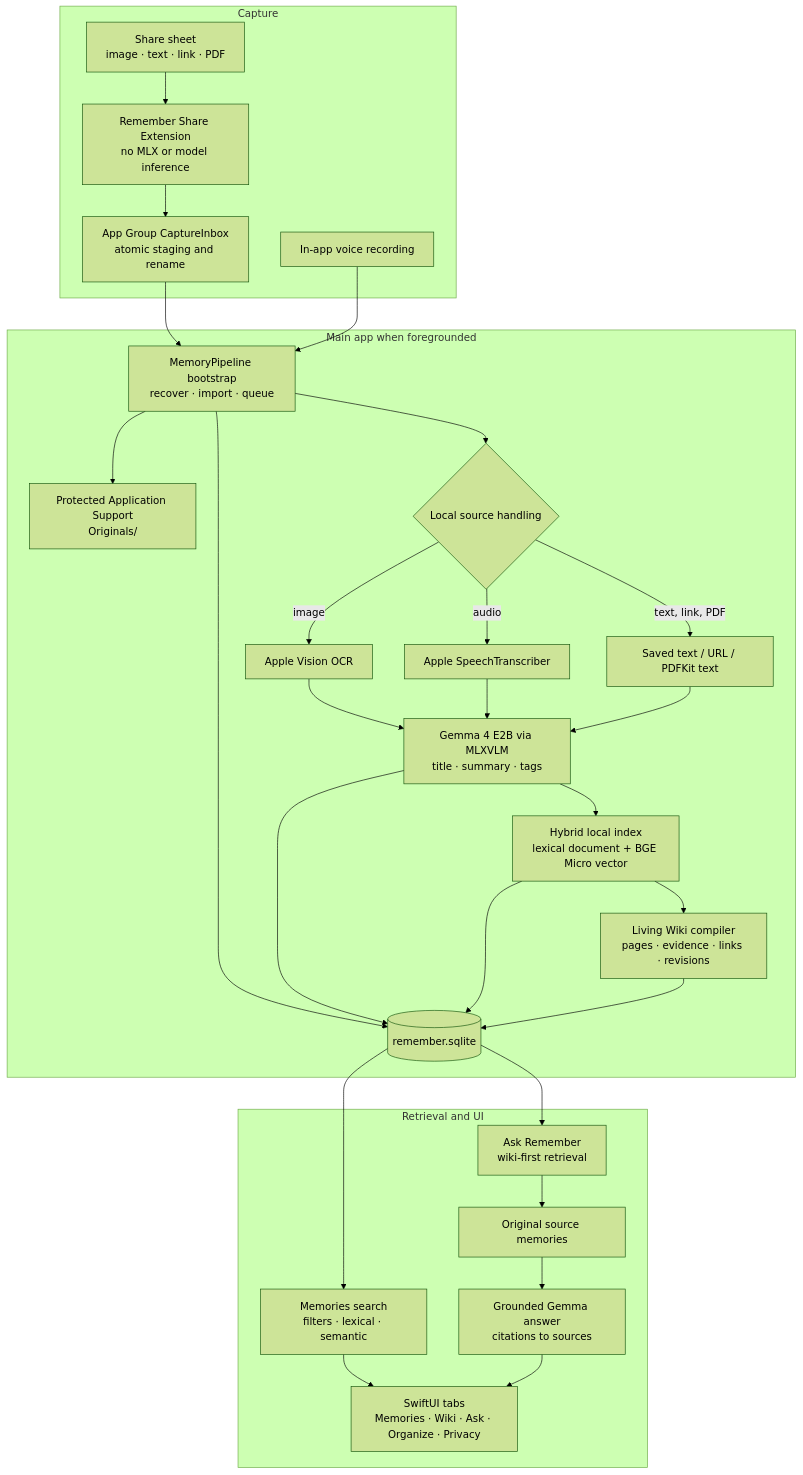
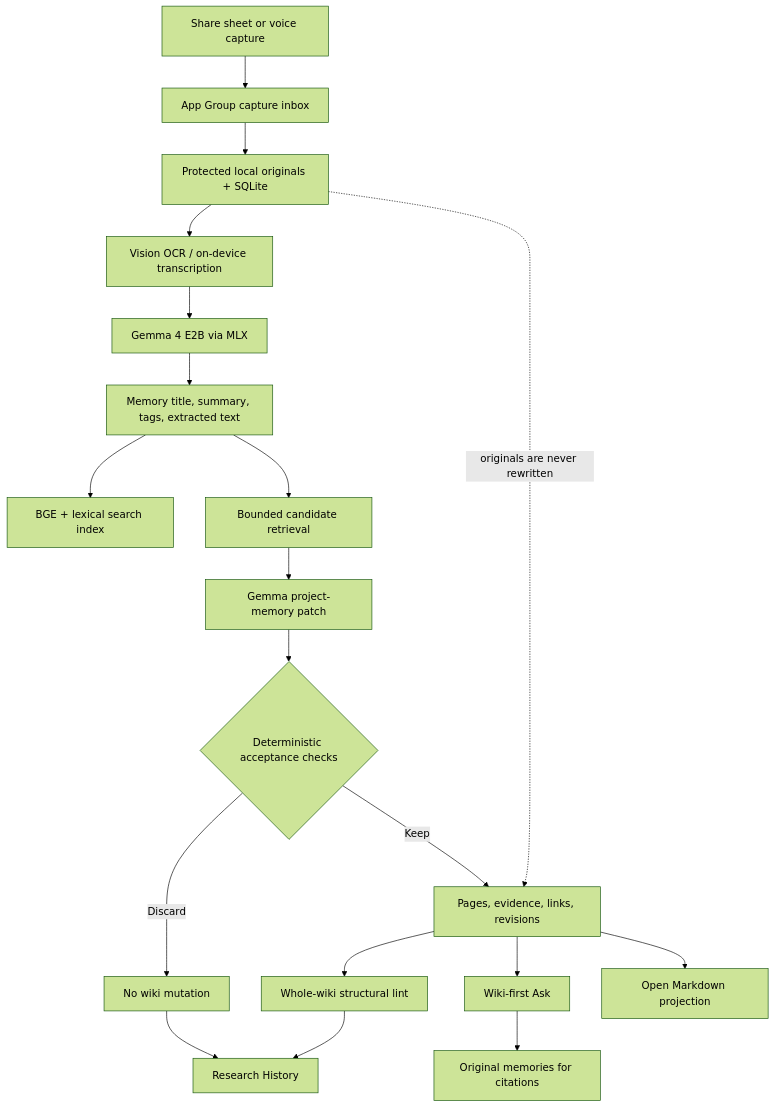
Before and after one commit to Aaryan126/Remember-Gemini-Hackathon: the diagram in readme.md, drawn with Mermaid (forest theme). The commit also changed other lines of this file and 11 other files, not shown here.

````diff
--- a/readme.md
+++ b/readme.md
@@ -26,47 +32,21 @@
 ```mermaid
 flowchart TD
-    subgraph Capture[Capture]
-        Share[Share sheet<br/>image · text · link · PDF]
-        Voice[In-app voice recording]
-        Extension[Remember Share Extension<br/>no MLX or model inference]
-        Inbox[App Group CaptureInbox<br/>atomic staging and rename]
-        Share --> Extension --> Inbox
-    end
-
-    subgraph App[Main app when foregrounded]
-        Sync[MemoryPipeline bootstrap<br/>recover · import · queue]
-        Files[Protected Application Support<br/>Originals/]
-        DB[(remember.sqlite)]
-        Extract{Local source handling}
-        Vision[Apple Vision OCR]
-        Speech[Apple SpeechTranscriber]
-        Text[Saved text / URL / PDFKit text]
-        Gemma[Gemma 4 E2B via MLXVLM<br/>title · summary · tags]
-        Index[Hybrid local index<br/>lexical document + BGE Micro vector]
-        Wiki[Living Wiki compiler<br/>pages · evidence · links · revisions]
-
-        Inbox --> Sync
-        Voice --> Sync
-        Sync --> Files
-        Sync --> DB
-        Sync --> Extract
-        Extract -->|image| Vision --> Gemma
-        Extract -->|audio| Speech --> Gemma
-        Extract -->|text, link, PDF| Text --> Gemma
-        Gemma --> DB
-        Gemma --> Index --> DB
-        Index --> Wiki --> DB
-    end
-
-    subgraph Retrieval[Retrieval and UI]
-        Search[Memories search<br/>filters · lexical · semantic]
-        Ask[Ask Remember<br/>wiki-first retrieval]
-        Sources[Original source memories]
-        Answer[Grounded Gemma answer<br/>citations to sources]
-        Tabs[SwiftUI tabs<br/>Memories · Wiki · Ask · Organize · Privacy]
-
-        DB --> Search --> Tabs
-        DB --> Ask
-        Ask --> Sources --> Answer --> Tabs
-    end
+    A[Share sheet or voice capture] --> B[App Group capture inbox]
+    B --> C[Protected local originals + SQLite]
+    C --> D[Vision OCR / on-device transcription]
+    D --> E[Gemma 4 E2B via MLX]
+    E --> F[Memory title, summary, tags, extracted text]
+    F --> G[BGE + lexical search index]
+    F --> H[Bounded candidate retrieval]
+    H --> I[Gemma project-memory patch]
+    I --> J{Deterministic acceptance checks}
+    J -->|Keep| K[Pages, evidence, links, revisions]
+    J -->|Discard| L[No wiki mutation]
+    K --> M[Whole-wiki structural lint]
+    L --> N[Research History]
+    M --> N
+    K --> O[Wiki-first Ask]
+    O --> P[Original memories for citations]
+    K --> Q[Open Markdown projection]
+    C -. originals are never rewritten .-> K
 ```
````
